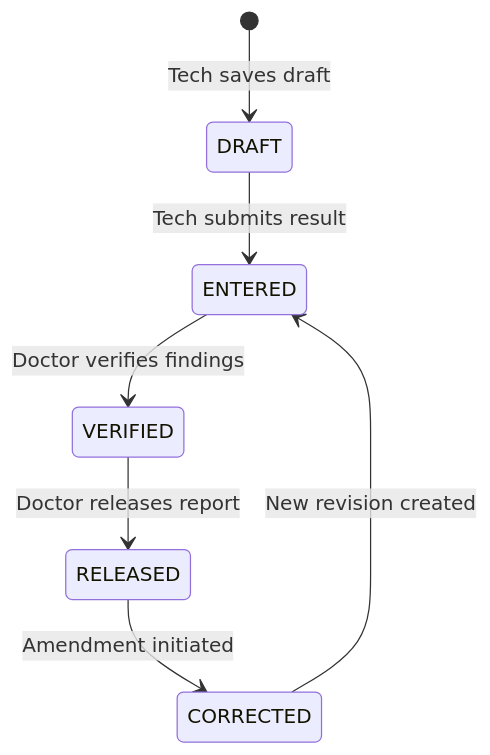
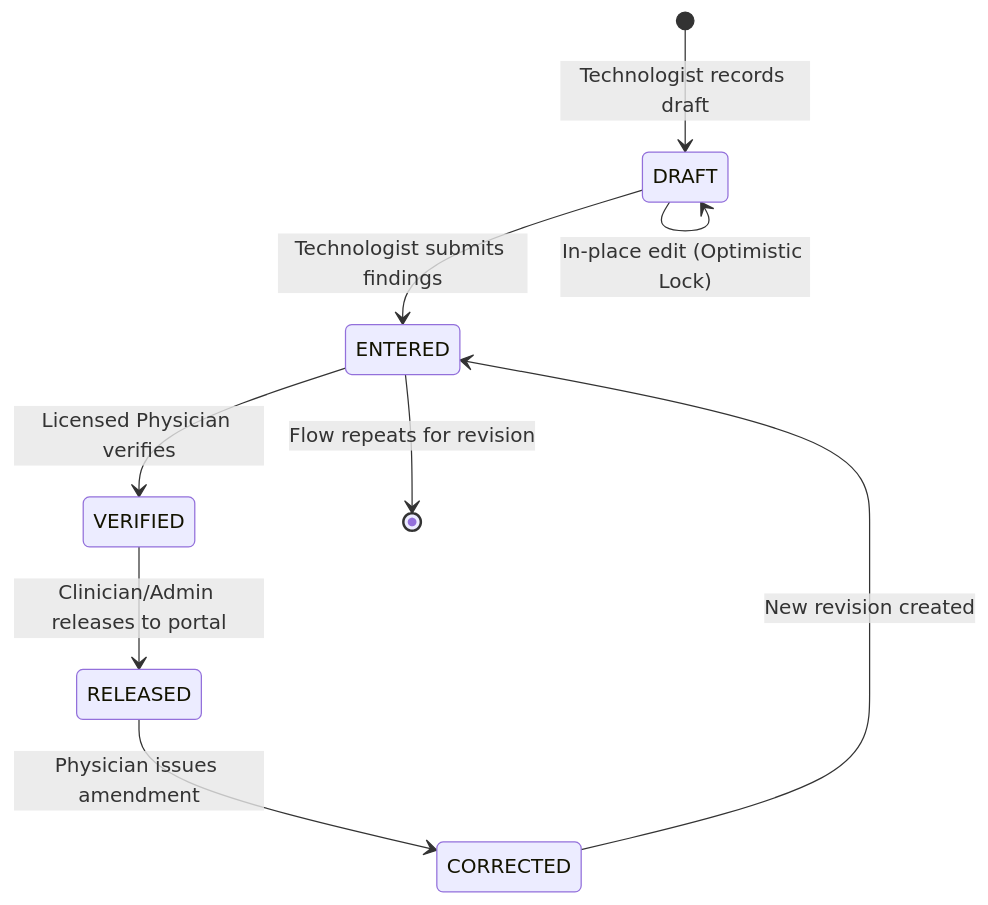
The diagram in docs/laboratory/RESULT_VERIFICATION.md (januka-karunakaran/PulseCare), drawn with Mermaid before and after one commit. The commit also changed other lines of this file and 11 other files, not shown here.

Commit message:
fix(lab): resolve CI and clinical result integrity issues

````diff
--- a/docs/laboratory/RESULT_VERIFICATION.md
+++ b/docs/laboratory/RESULT_VERIFICATION.md
@@ -4,9 +4,11 @@
 ```mermaid
 stateDiagram-v2
-    [*] --> DRAFT: Tech saves draft
-    DRAFT --> ENTERED: Tech submits result
-    ENTERED --> VERIFIED: Doctor verifies findings
-    VERIFIED --> RELEASED: Doctor releases report
-    RELEASED --> CORRECTED: Amendment initiated
+    [*] --> DRAFT: Technologist records draft
+    DRAFT --> DRAFT: In-place edit (Optimistic Lock)
+    DRAFT --> ENTERED: Technologist submits findings
+    ENTERED --> VERIFIED: Licensed Physician verifies
+    VERIFIED --> RELEASED: Clinician/Admin releases to portal
+    RELEASED --> CORRECTED: Physician issues amendment
     CORRECTED --> ENTERED: New revision created
+    ENTERED --> [*]: Flow repeats for revision
 ```
````
